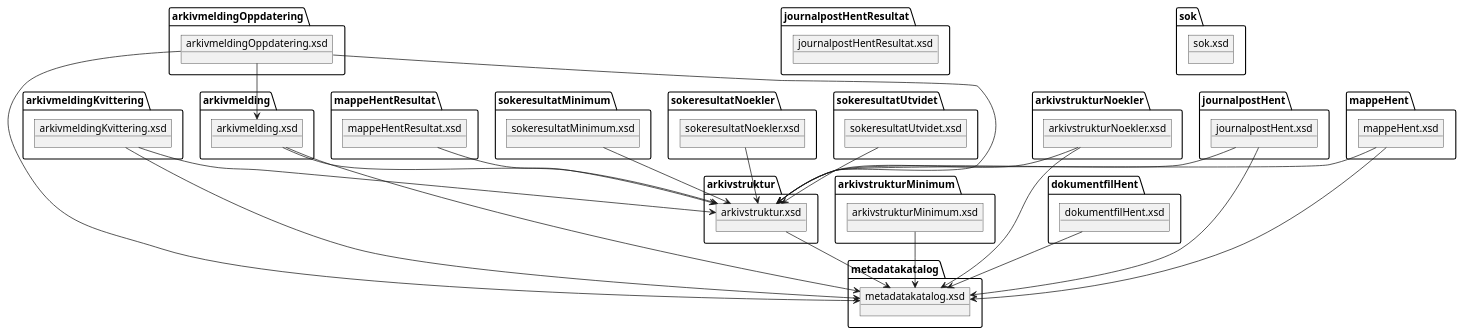
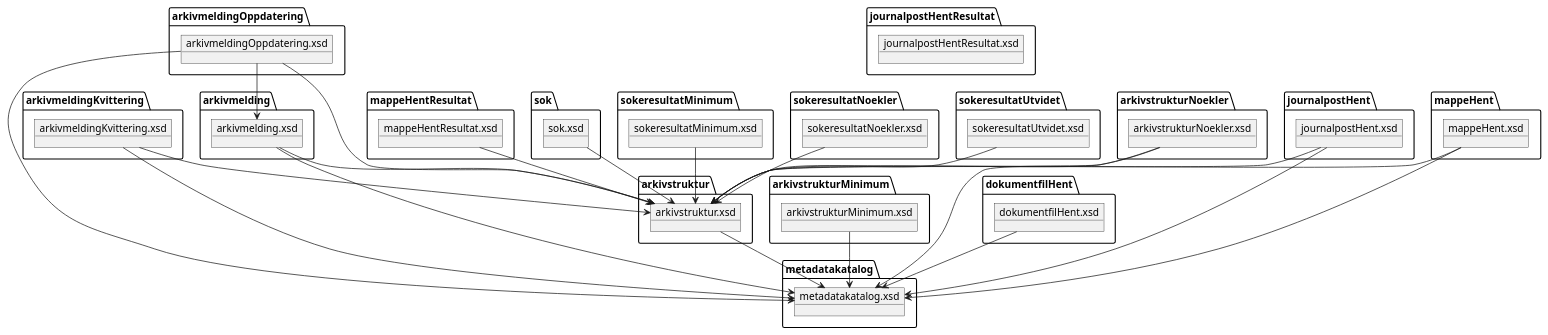
Before and after one commit to ks-no/fiks-arkiv-specification: the diagram in xsd.puml, drawn with PlantUML. The commit also changed 4 other files, not shown here.

```diff
--- a/xsd.puml
+++ b/xsd.puml
@@ -1,41 +1,42 @@
 @startuml
 object arkivmelding.xsd
 object arkivmeldingKvittering.xsd
 object arkivmeldingOppdatering.xsd
 object arkivstruktur.xsd
 object arkivstrukturMinimum.xsd
 object metadatakatalog.xsd
 object arkivstrukturNoekler.xsd
 object dokumentfilHent.xsd
 object journalpostHent.xsd
 object journalpostHentResultat.xsd
 object mappeHent.xsd
 object mappeHentResultat.xsd
 object sok.xsd
 object sokeresultatMinimum.xsd
 object sokeresultatNoekler.xsd
 object sokeresultatUtvidet.xsd
 
 
 arkivmelding.xsd --> arkivstruktur.xsd
 arkivmelding.xsd --> metadatakatalog.xsd
 arkivmeldingKvittering.xsd --> arkivstruktur.xsd
 arkivmeldingKvittering.xsd --> metadatakatalog.xsd
 arkivmeldingOppdatering.xsd --> arkivstruktur.xsd
 arkivmeldingOppdatering.xsd --> arkivmelding.xsd
 arkivmeldingOppdatering.xsd --> metadatakatalog.xsd
 arkivstruktur.xsd --> metadatakatalog.xsd
 arkivstrukturMinimum.xsd --> metadatakatalog.xsd
 arkivstrukturNoekler.xsd --> arkivstruktur.xsd
 arkivstrukturNoekler.xsd --> metadatakatalog.xsd
 dokumentfilHent.xsd --> metadatakatalog.xsd
 journalpostHent.xsd --> arkivstruktur.xsd
 journalpostHent.xsd --> metadatakatalog.xsd
 mappeHent.xsd --> arkivstruktur.xsd
 mappeHent.xsd --> metadatakatalog.xsd
+sok.xsd --> arkivstruktur.xsd
 mappeHentResultat.xsd --> arkivstruktur.xsd
 sokeresultatMinimum.xsd --> arkivstruktur.xsd
 sokeresultatNoekler.xsd --> arkivstruktur.xsd
 sokeresultatUtvidet.xsd --> arkivstruktur.xsd
 
 @enduml
```
